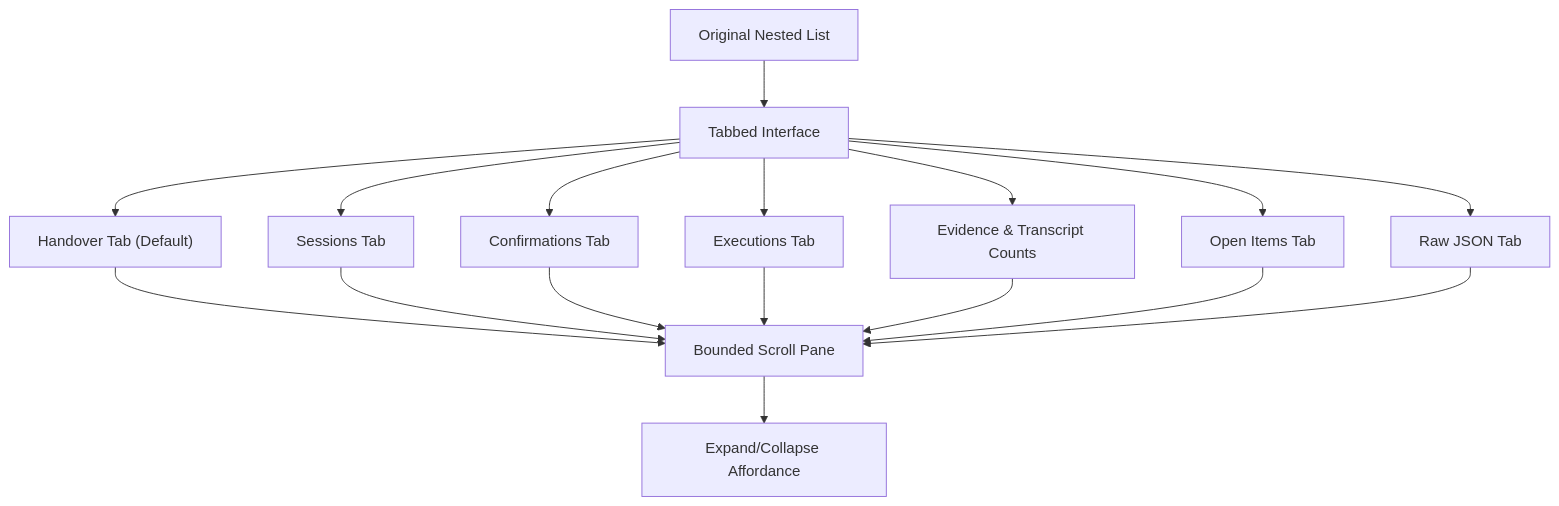
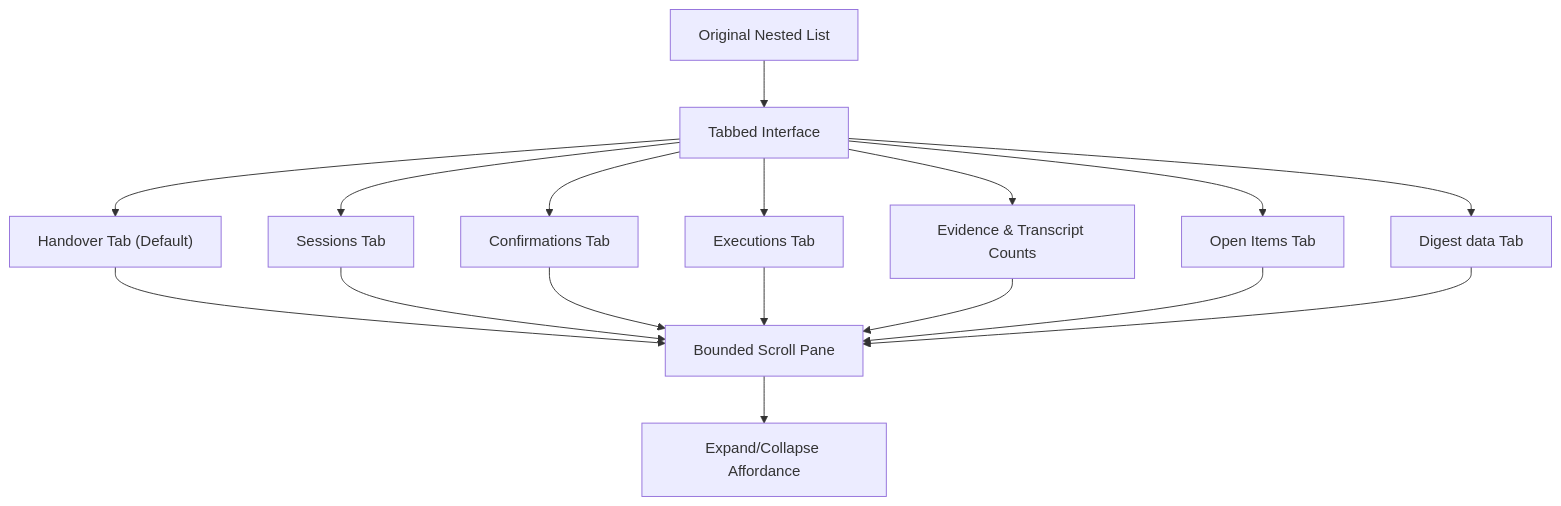
One commit to metasync/luban-aiops changed the eighth of 9 diagrams in .qoder/repowiki/en/content/Architecture Documentation/SPEC-040_ Shift-Summary Handover Narrative and Export.md. Above: the diagram before and after it, drawn with Mermaid. The commit also changed other lines of this file and 72 other files, not shown here.

````diff
--- a/.qoder/repowiki/en/content/Architecture Documentation/SPEC-040_ Shift-Summary Handover Narrative and Export.md
+++ b/.qoder/repowiki/en/content/Architecture Documentation/SPEC-040_ Shift-Summary Handover Narrative and Export.md
@@ -320,19 +320,19 @@
 ```mermaid
 flowchart TD
 Digest["Original Nested List"] --> Tabs["Tabbed Interface"]
 Tabs --> Handover["Handover Tab (Default)"]
 Tabs --> Sessions["Sessions Tab"]
 Tabs --> Confirmations["Confirmations Tab"]
 Tabs --> Executions["Executions Tab"]
 Tabs --> Evidence["Evidence & Transcript Counts"]
 Tabs --> OpenItems["Open Items Tab"]
-Tabs --> RawJSON["Raw JSON Tab"]
+Tabs --> RawJSON["Digest data Tab"]
 Handover --> Bounded["Bounded Scroll Pane"]
 Sessions --> Bounded
 Confirmations --> Bounded
 Executions --> Bounded
 Evidence --> Bounded
 OpenItems --> Bounded
 RawJSON --> Bounded
 Bounded --> Expand["Expand/Collapse Affordance"]
 ```
````
